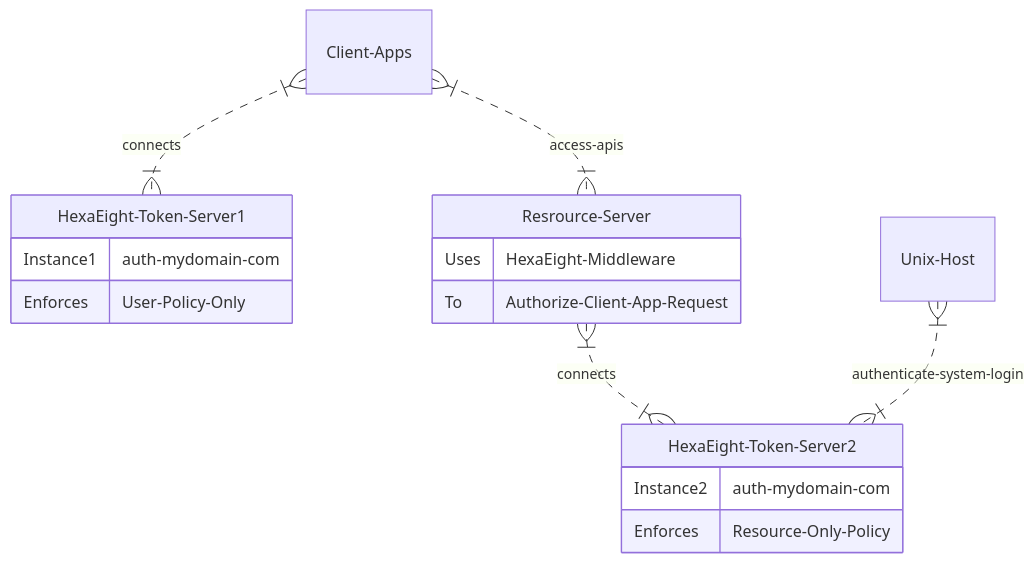
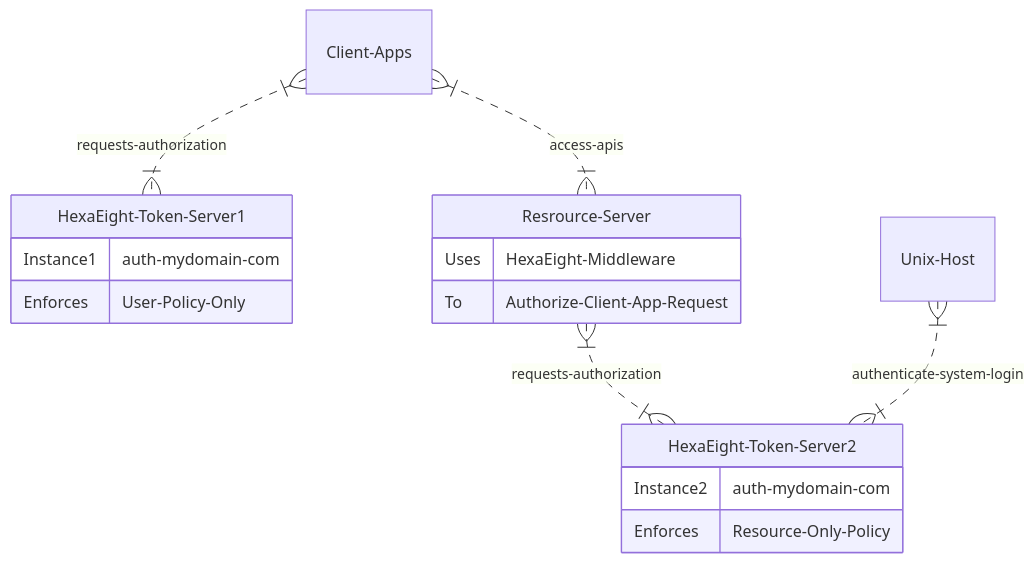
The diagram in authorization-samples/README.md (HexaEightTeam/HexaEight-Token-Server), drawn with Mermaid before and after one commit. The commit also changed other lines of this file, not shown here.

````diff
--- a/authorization-samples/README.md
+++ b/authorization-samples/README.md
@@ -25,19 +28,19 @@
 ```mermaid
 erDiagram
-	Client-Apps }|..|{ HexaEight-Token-Server1 : connects
+	Client-Apps }|..|{ HexaEight-Token-Server1 : requests-authorization
        HexaEight-Token-Server1 {
         Instance1 auth-mydomain-com
         Enforces User-Policy-Only
 	}
-    Resrource-Server }|..|{ HexaEight-Token-Server2 : connects
+    Resrource-Server }|..|{ HexaEight-Token-Server2 : requests-authorization
        HexaEight-Token-Server2 {
         Instance2 auth-mydomain-com
         Enforces Resource-Only-Policy
 	}
        Resrource-Server {
         Uses HexaEight-Middleware
         To Authorize-Client-App-Request
 	}
     Unix-Host }|..|{ HexaEight-Token-Server2 : authenticate-system-login
     Client-Apps }|..|{ Resrource-Server : access-apis
 ```
````
